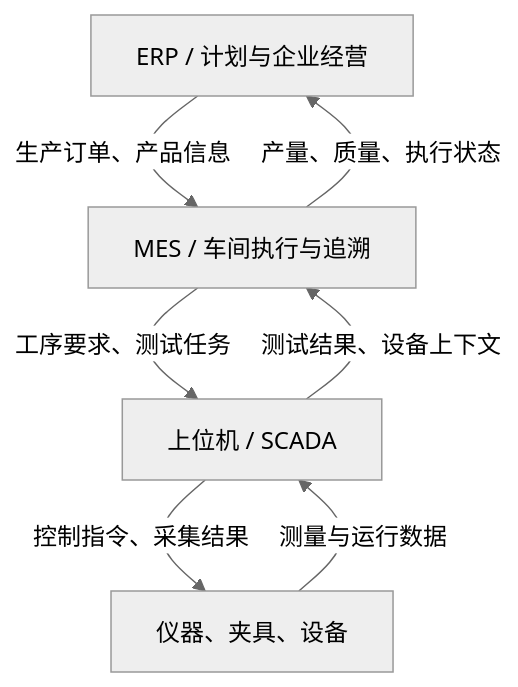
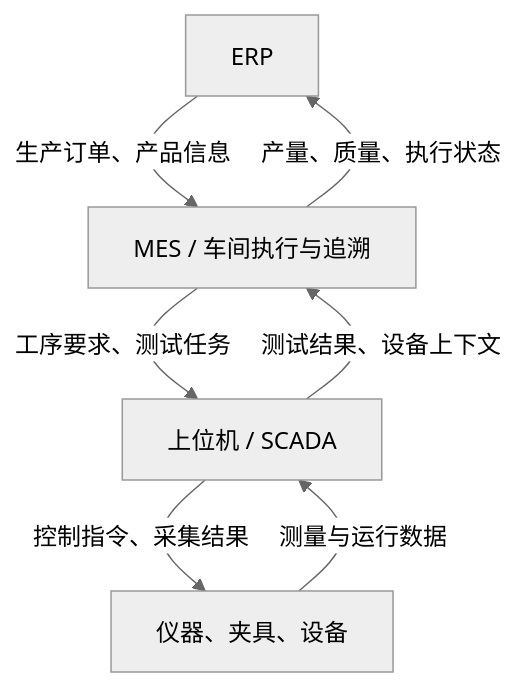
One commit to JacobLiou/MES-Thinking changed the first of 5 diagrams in doc/MES业务系统学习/MES系统概览学习.md. Above: the diagram before and after it, drawn with Mermaid (neutral theme). The commit also changed other lines of this file and 34 other files, not shown here.

````diff
--- a/doc/MES业务系统学习/MES系统概览学习.md
+++ b/doc/MES业务系统学习/MES系统概览学习.md
@@ -87,9 +35,9 @@
 ```mermaid
 flowchart TD
-	ERP[ERP / 计划与企业经营] -->|生产订单、产品信息| MES[MES / 车间执行与追溯]
+	ERP -->|生产订单、产品信息| MES[MES / 车间执行与追溯]
 	MES -->|工序要求、测试任务| HOST[上位机 / SCADA]
 	HOST -->|控制指令、采集结果| EQUIP[仪器、夹具、设备]
 	EQUIP -->|测量与运行数据| HOST
 	HOST -->|测试结果、设备上下文| MES
 	MES -->|产量、质量、执行状态| ERP
 ```
````
